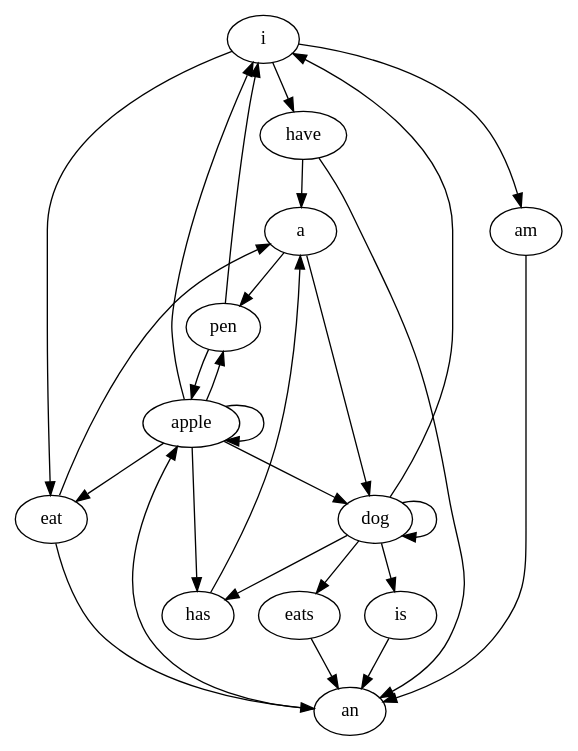
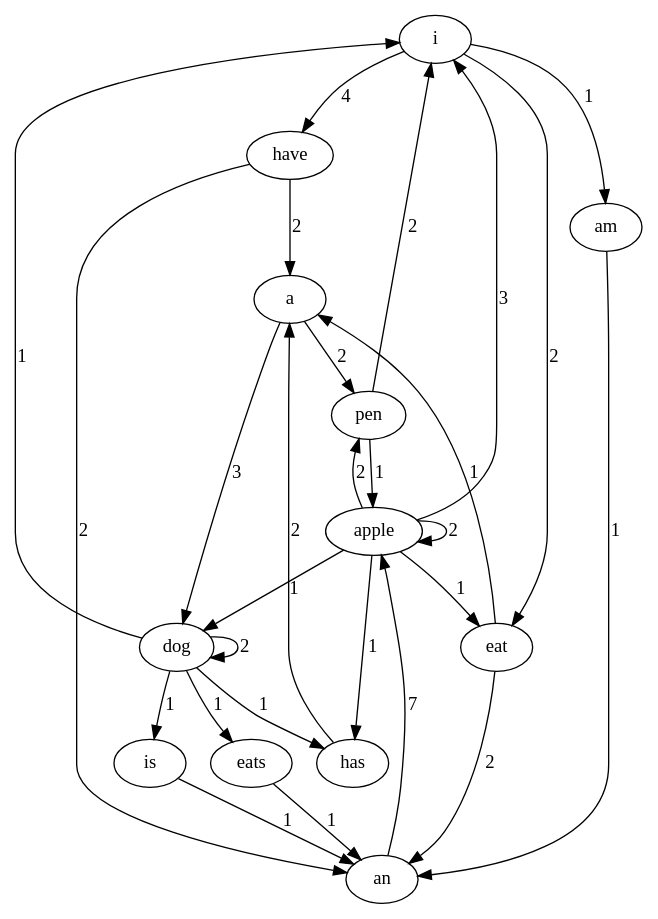
Before and after one commit to TokimekiRunner/Lab1-2021110656: the diagram in res/graph.dot, drawn with Graphviz. The commit also changed 15 other files, not shown here.

```diff
--- a/res/graph.dot
+++ b/res/graph.dot
@@ -1,29 +1,29 @@
 digraph G {
-  i -> have;
-  i -> eat;
-  i -> am;
-  have -> a;
-  have -> an;
-  a -> pen;
-  a -> dog;
-  pen -> i;
-  pen -> apple;
-  an -> apple;
-  apple -> i;
-  apple -> pen;
-  apple -> apple;
-  apple -> dog;
-  apple -> has;
-  apple -> eat;
-  dog -> i;
-  dog -> dog;
-  dog -> has;
-  dog -> eats;
-  dog -> is;
-  has -> a;
-  eats -> an;
-  eat -> a;
-  eat -> an;
-  am -> an;
-  is -> an;
+  i -> have [label="4"];
+  i -> eat [label="2"];
+  i -> am [label="1"];
+  have -> a [label="2"];
+  have -> an [label="2"];
+  a -> pen [label="2"];
+  a -> dog [label="3"];
+  pen -> i [label="2"];
+  pen -> apple [label="1"];
+  an -> apple [label="7"];
+  apple -> i [label="3"];
+  apple -> pen [label="2"];
+  apple -> apple [label="2"];
+  apple -> dog [label="1"];
+  apple -> has [label="1"];
+  apple -> eat [label="1"];
+  dog -> i [label="1"];
+  dog -> dog [label="2"];
+  dog -> has [label="1"];
+  dog -> eats [label="1"];
+  dog -> is [label="1"];
+  has -> a [label="2"];
+  eats -> an [label="1"];
+  eat -> a [label="1"];
+  eat -> an [label="2"];
+  am -> an [label="1"];
+  is -> an [label="1"];
 }
```
